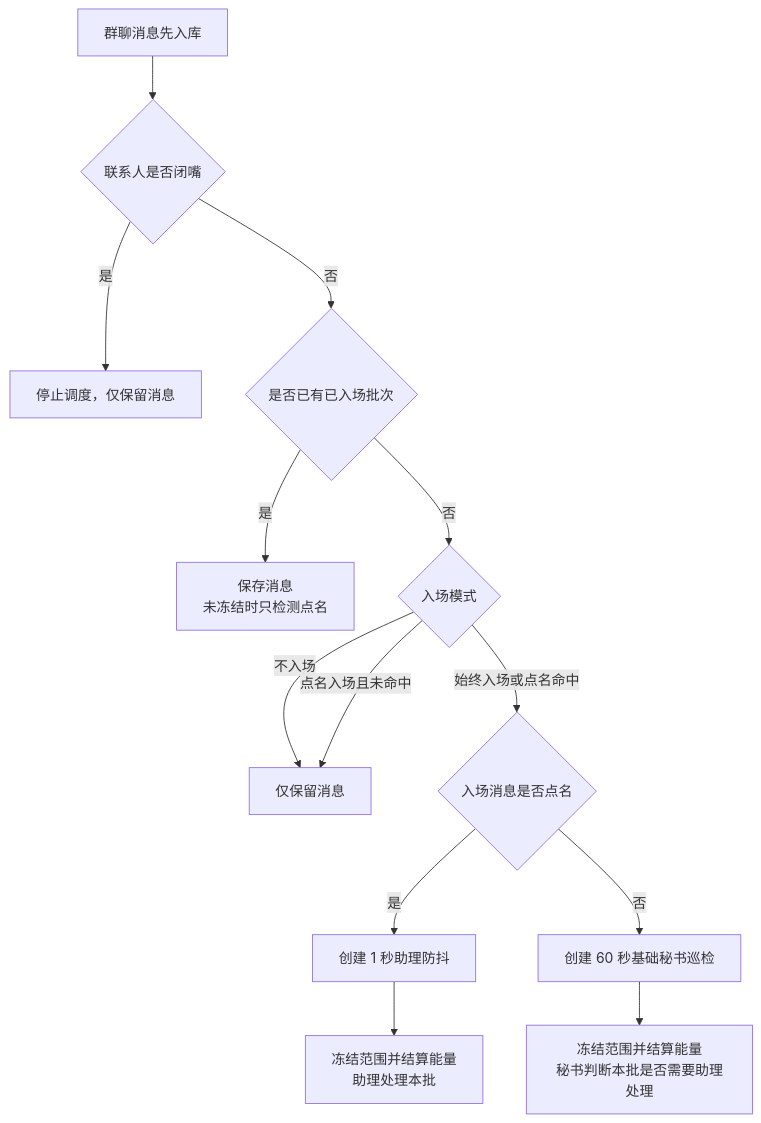
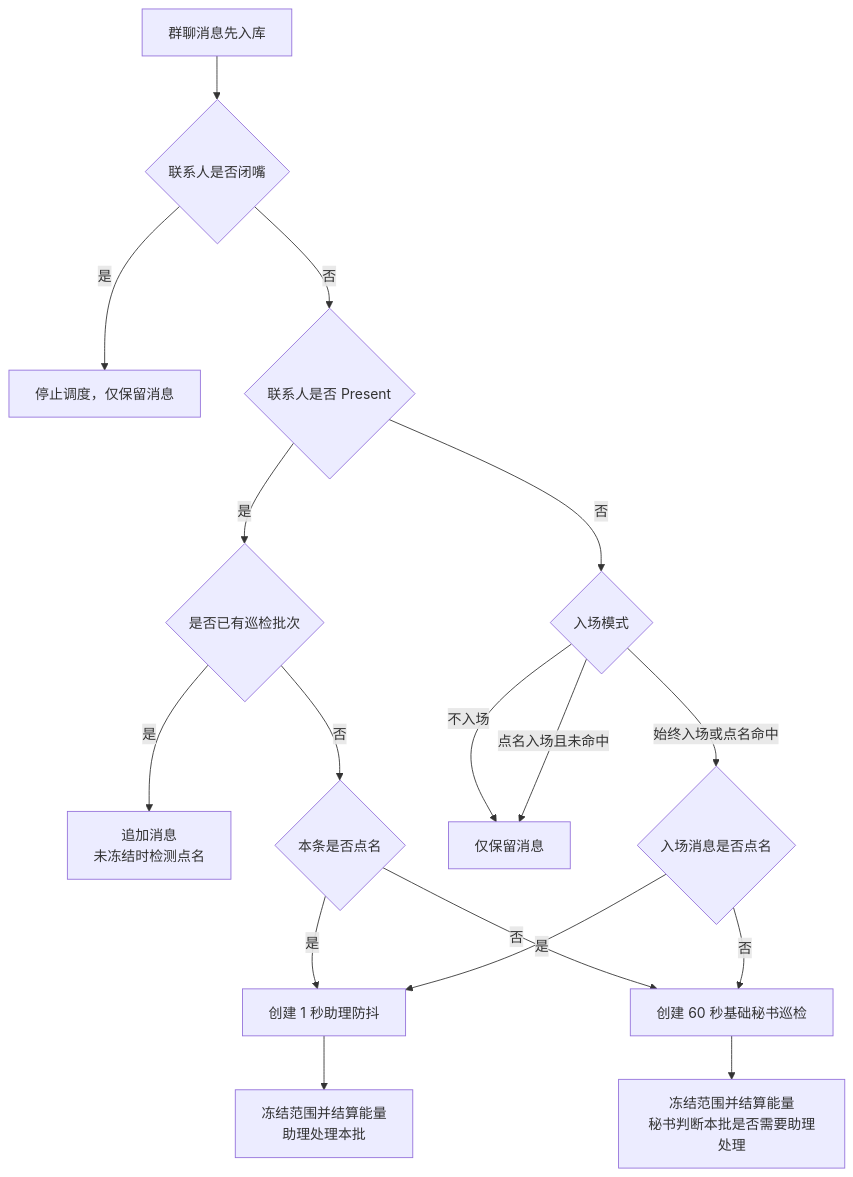
The second of 3 diagrams in docs/remote_im_state_machine.md (WhiteMoon319/P-ai), drawn with Mermaid before and after one commit. The commit also changed other lines of this file and 23 other files, not shown here.

````diff
--- a/docs/remote_im_state_machine.md
+++ b/docs/remote_im_state_machine.md
@@ -325,15 +325,19 @@
 ```mermaid
 flowchart TD
   A[群聊消息先入库] --> B{联系人是否闭嘴}
   B -- 是 --> C[停止调度，仅保留消息]
-  B -- 否 --> D{是否已有已入场批次}
-  D -- 是 --> E[保存消息\n未冻结时只检测点名]
-  D -- 否 --> F{入场模式}
-  F -- 不入场 --> G[仅保留消息]
-  F -- 点名入场且未命中 --> G
-  F -- 始终入场或点名命中 --> H{入场消息是否点名}
-  H -- 是 --> I[创建 1 秒助理防抖]
-  H -- 否 --> J[创建 60 秒基础秘书巡检]
-  I --> K[冻结范围并结算能量\n助理处理本批]
-  J --> L[冻结范围并结算能量\n秘书判断本批是否需要助理处理]
+  B -- 否 --> D{联系人是否 Present}
+  D -- 是 --> E{是否已有巡检批次}
+  E -- 是 --> F[追加消息\n未冻结时检测点名]
+  E -- 否 --> G{本条是否点名}
+  G -- 是 --> H[创建 1 秒助理防抖]
+  G -- 否 --> I[创建 60 秒基础秘书巡检]
+  D -- 否 --> J{入场模式}
+  J -- 不入场 --> K[仅保留消息]
+  J -- 点名入场且未命中 --> K
+  J -- 始终入场或点名命中 --> L{入场消息是否点名}
+  L -- 是 --> H
+  L -- 否 --> I
+  H --> M[冻结范围并结算能量\n助理处理本批]
+  I --> N[冻结范围并结算能量\n秘书判断本批是否需要助理处理]
 ```
````
